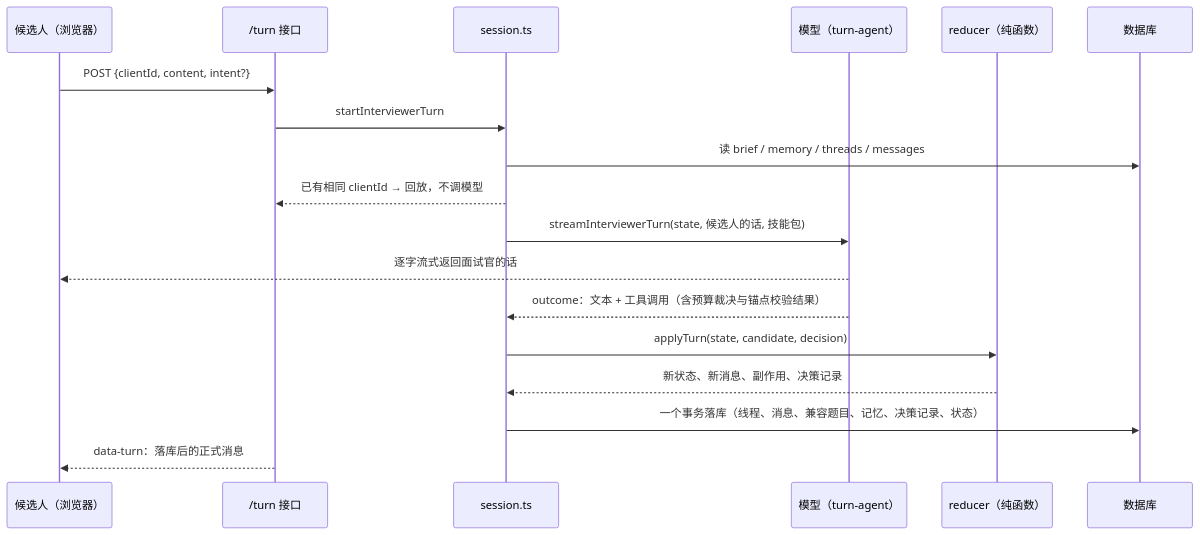
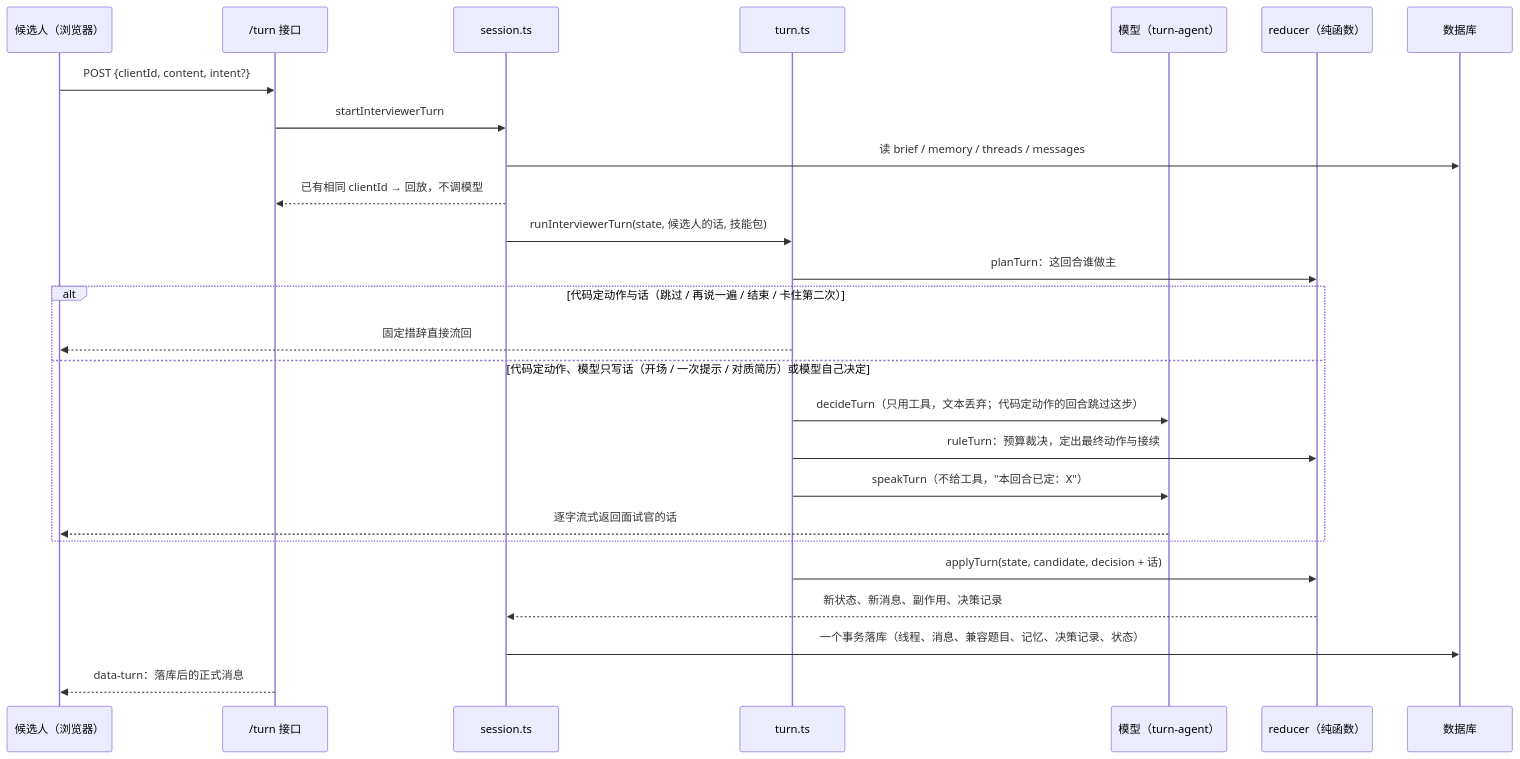
Before and after one commit to yuecao365/OfferCome: the diagram in docs/interview-flow-during.md, drawn with Mermaid. The commit also changed other lines of this file and 5 other files, not shown here.

````diff
--- a/docs/interview-flow-during.md
+++ b/docs/interview-flow-during.md
@@ -8,21 +8,29 @@
 ```mermaid
 sequenceDiagram
   participant U as 候选人（浏览器）
   participant R as /turn 接口
   participant S as session.ts
+  participant T as turn.ts
   participant M as 模型（turn-agent）
   participant D as reducer（纯函数）
   participant DB as 数据库
 
   U->>R: POST {clientId, content, intent?}
   R->>S: startInterviewerTurn
   S->>DB: 读 brief / memory / threads / messages
   S-->>R: 已有相同 clientId → 回放，不调模型
-  S->>M: streamInterviewerTurn(state, 候选人的话, 技能包)
-  M-->>U: 逐字流式返回面试官的话
-  M-->>S: outcome：文本 + 工具调用（含预算裁决与锚点校验结果）
-  S->>D: applyTurn(state, candidate, decision)
+  S->>T: runInterviewerTurn(state, 候选人的话, 技能包)
+  T->>D: planTurn：这回合谁做主
+  alt 代码定动作与话（跳过 / 再说一遍 / 结束 / 卡住第二次）
+    T-->>U: 固定措辞直接流回
+  else 代码定动作、模型只写话（开场 / 一次提示 / 对质简历）或模型自己决定
+    T->>M: decideTurn（只用工具，文本丢弃；代码定动作的回合跳过这步）
+    T->>D: ruleTurn：预算裁决，定出最终动作与接续
+    T->>M: speakTurn（不给工具，"本回合已定：X"）
+    M-->>U: 逐字流式返回面试官的话
+  end
+  T->>D: applyTurn(state, candidate, decision + 话)
   D-->>S: 新状态、新消息、副作用、决策记录
   S->>DB: 一个事务落库（线程、消息、兼容题目、记忆、决策记录、状态）
   R-->>U: data-turn：落库后的正式消息
 ```
````
